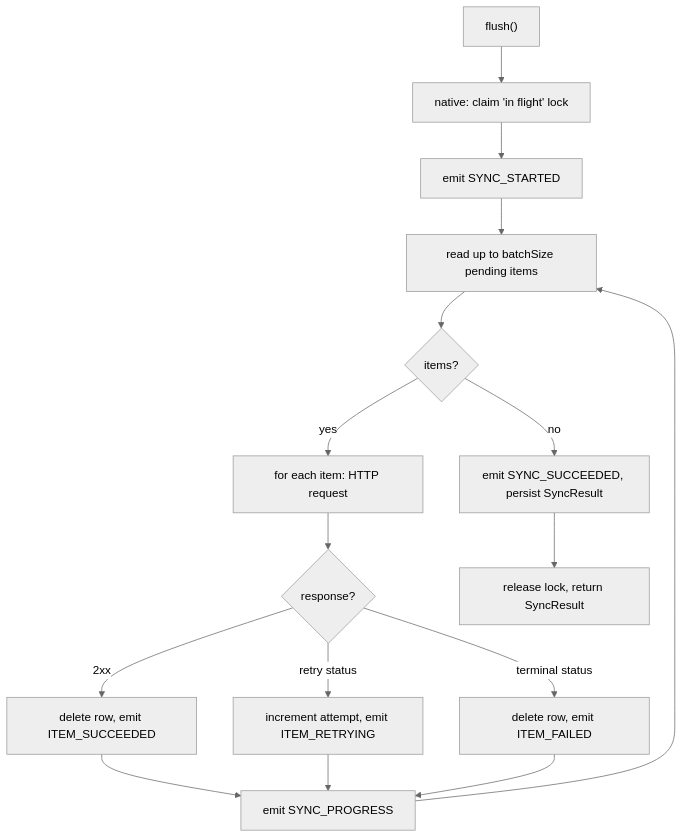
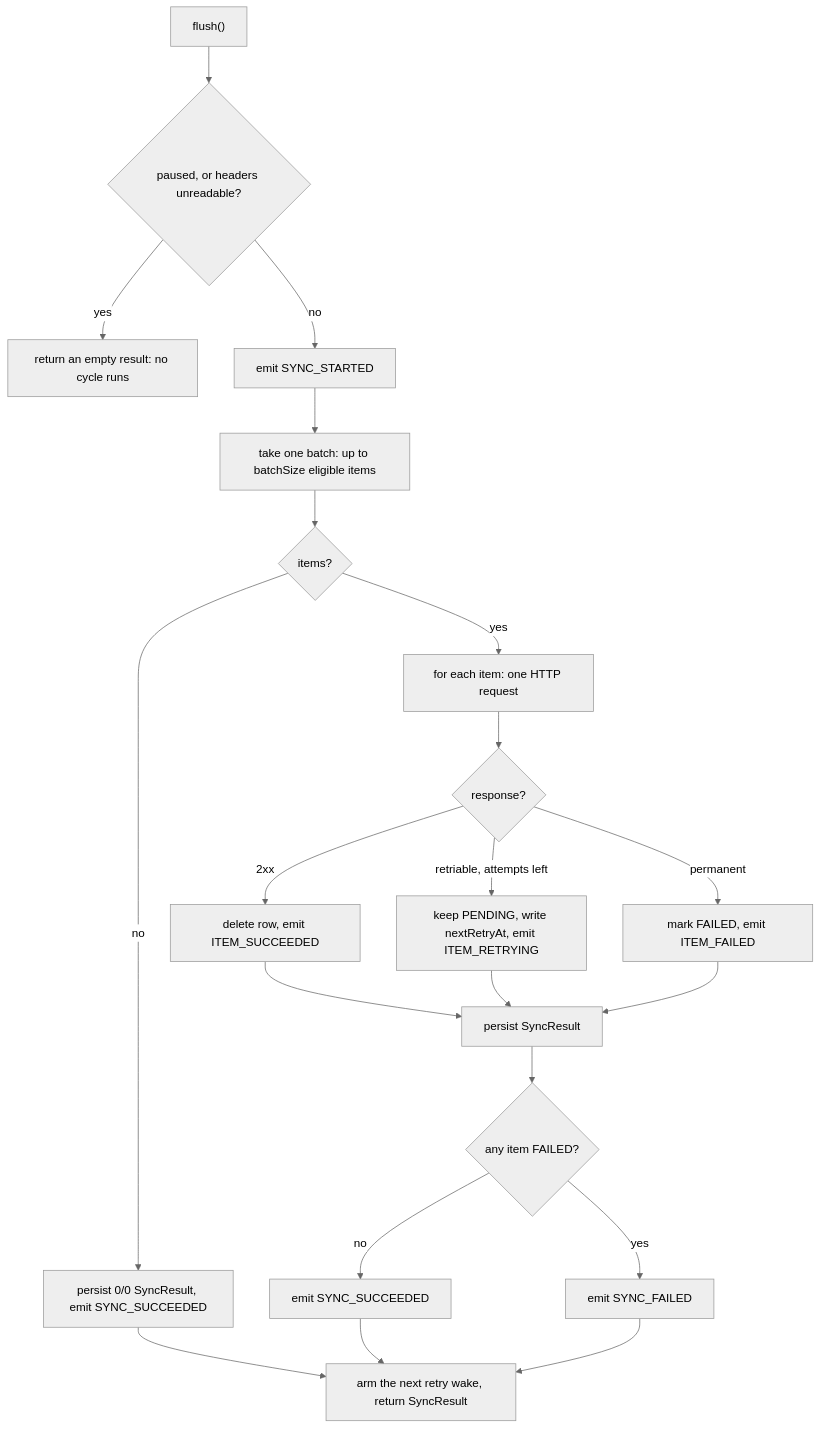
One commit to gabriel-sisjr/react-native-sync-provider changed the third of 6 diagrams in website/docs/architecture/data-flow.md. Above: the diagram before and after it, drawn with Mermaid (neutral theme). The commit also changed other lines of this file and 62 other files, not shown here.

````diff
--- a/website/docs/architecture/data-flow.md
+++ b/website/docs/architecture/data-flow.md
@@ -78,18 +80,23 @@
 ```mermaid
 flowchart TD
-    A["flush()"] --> B[native: claim 'in flight' lock]
-    B --> C[emit SYNC_STARTED]
-    C --> D[read up to batchSize pending items]
+    A["flush()"] --> B{paused, or headers unreadable?}
+    B -- yes --> Z[return an empty result: no cycle runs]
+    B -- no --> C[emit SYNC_STARTED]
+    C --> D[take one batch: up to batchSize eligible items]
     D --> E{items?}
-    E -- no --> F[emit SYNC_SUCCEEDED, persist SyncResult]
-    E -- yes --> G[for each item: HTTP request]
+    E -- no --> F[persist 0/0 SyncResult, emit SYNC_SUCCEEDED]
+    E -- yes --> G[for each item: one HTTP request]
     G --> H{response?}
     H -- 2xx --> I[delete row, emit ITEM_SUCCEEDED]
-    H -- retry status --> J[increment attempt, emit ITEM_RETRYING]
-    H -- terminal status --> K[delete row, emit ITEM_FAILED]
-    I --> L[emit SYNC_PROGRESS]
+    H -- retriable, attempts left --> J[keep PENDING, write nextRetryAt, emit ITEM_RETRYING]
+    H -- permanent --> K[mark FAILED, emit ITEM_FAILED]
+    I --> L[persist SyncResult]
     J --> L
     K --> L
-    L --> D
-    F --> M[release lock, return SyncResult]
+    L --> M{any item FAILED?}
+    M -- no --> N[emit SYNC_SUCCEEDED]
+    M -- yes --> O[emit SYNC_FAILED]
+    F --> P[arm the next retry wake, return SyncResult]
+    N --> P
+    O --> P
 ```
````
